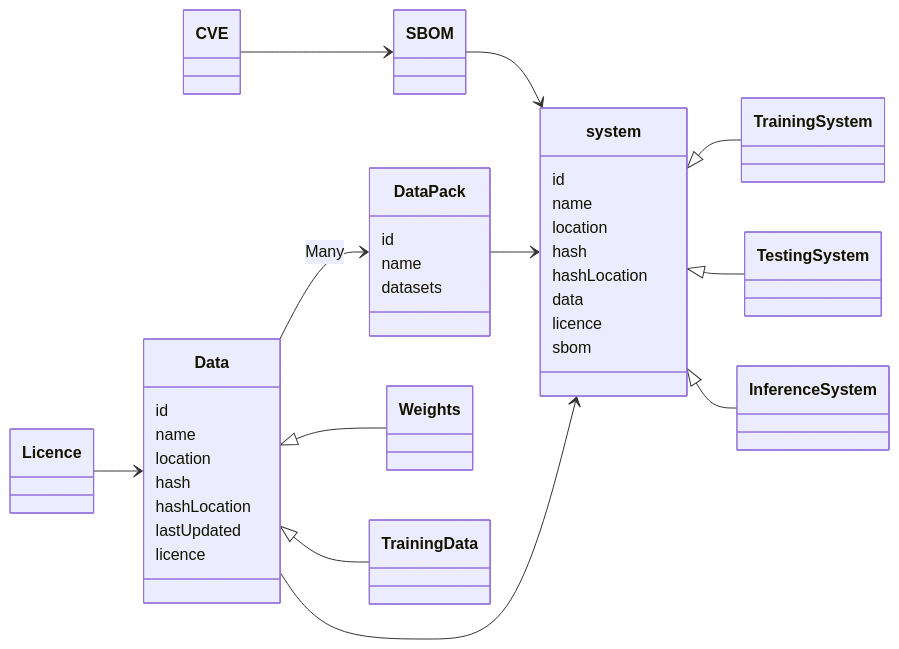
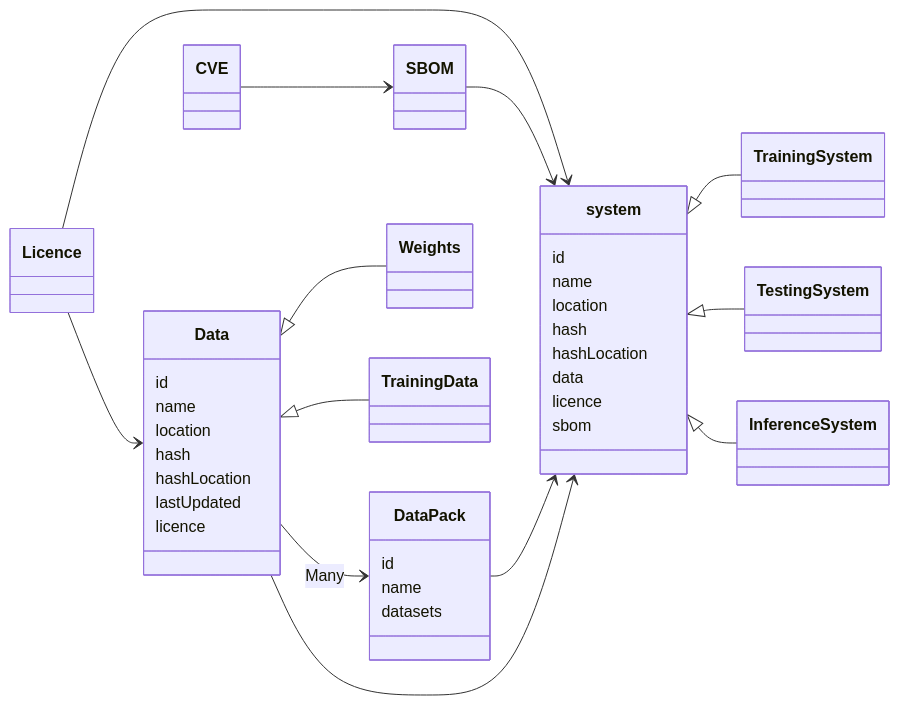
One commit to nqminds/Trusted-AI-BOM changed the diagram in packages/docusaurus/docs/working-docs/30-requirements-and-design/30-requirements-and-design.md. Above: the diagram before and after it, drawn with Mermaid.

Commit message:
[2024-10-22 14:17:46] Tony McCaigue: Requirements & Design

````diff
--- a/packages/docusaurus/docs/working-docs/30-requirements-and-design/30-requirements-and-design.md
+++ b/packages/docusaurus/docs/working-docs/30-requirements-and-design/30-requirements-and-design.md
@@ -7,67 +7,66 @@
 ```mermaid
 classDiagram 
     direction LR
 
     class DataPack {
         id
         name
         datasets
     }
 
     class Data{
         id
         name
         location
         hash
         hashLocation
         lastUpdated
         licence
     }
 
     class Licence{
     }
 
     class CVE{
     }
 
     class SBOM {
     }
 
     class system {
         id
         name
         location
         hash
         hashLocation
         data
         licence
         sbom
     }
 
     class TrainingSystem{
     }
 
     class TestingSystem{
     }
 
     class InferenceSystem{
     }
 
+    Licence --> system
     Licence --> Data
     Data  -->  DataPack: Many
     CVE --> SBOM
     SBOM --> system
     DataPack --> system
     Data --> system
 
     %% Inheritance to represent types of Data
     Data <|-- Weights
     Data <|-- TrainingData
 
     %% Inheritance to represent types of system
     system <|-- TrainingSystem
     system <|-- TestingSystem
     system <|-- InferenceSystem
-
-
 ```
````
